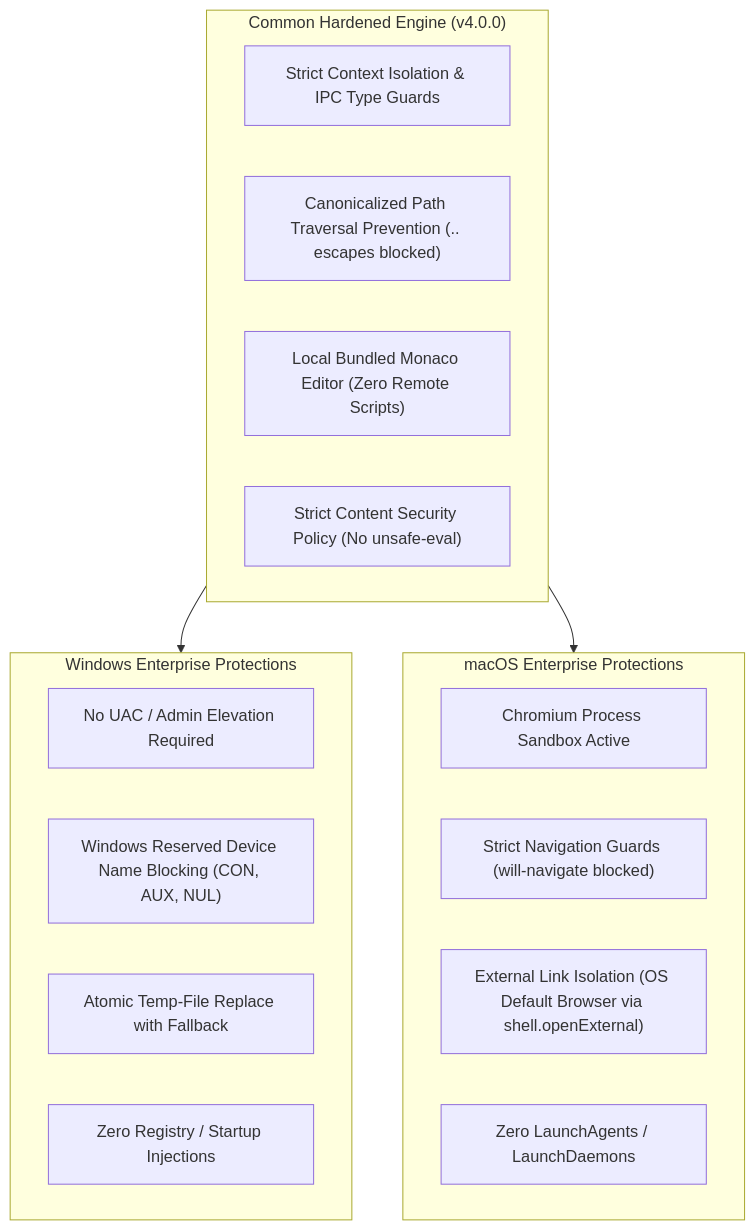
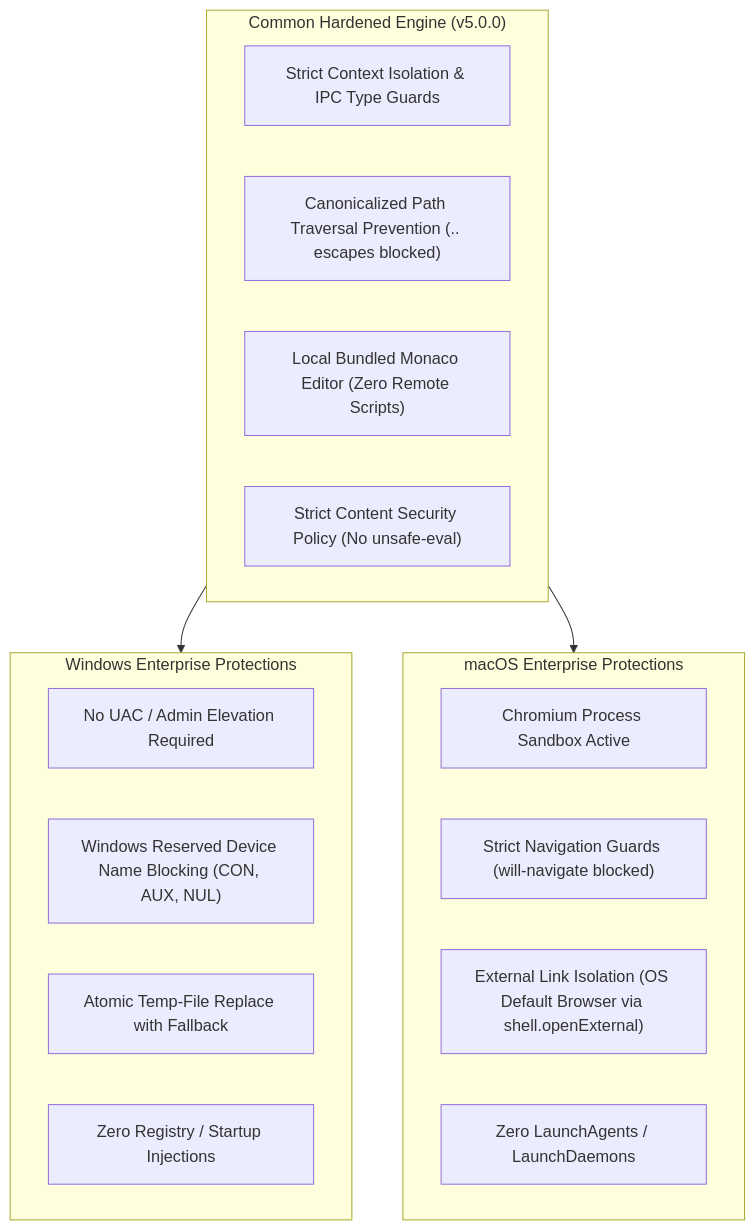
The diagram in docs/ENTERPRISE-SECURITY.md (imarg97/Comparing_Tool), drawn with Mermaid before and after one commit. The commit also changed other lines of this file and 14 other files, not shown here.

````diff
--- a/docs/ENTERPRISE-SECURITY.md
+++ b/docs/ENTERPRISE-SECURITY.md
@@ -25,26 +25,26 @@
 ```mermaid
 flowchart TD
     subgraph WindowsSecurity["Windows Enterprise Protections"]
         W1["No UAC / Admin Elevation Required"]
         W2["Windows Reserved Device Name Blocking (CON, AUX, NUL)"]
         W3["Atomic Temp-File Replace with Fallback"]
         W4["Zero Registry / Startup Injections"]
     end
 
     subgraph MacOSSecurity["macOS Enterprise Protections"]
         M1["Chromium Process Sandbox Active"]
         M2["Strict Navigation Guards (will-navigate blocked)"]
         M3["External Link Isolation (OS Default Browser via shell.openExternal)"]
         M4["Zero LaunchAgents / LaunchDaemons"]
     end
 
-    subgraph CoreEngine["Common Hardened Engine (v4.0.0)"]
+    subgraph CoreEngine["Common Hardened Engine (v5.0.0)"]
         C1["Strict Context Isolation & IPC Type Guards"]
         C2["Canonicalized Path Traversal Prevention (.. escapes blocked)"]
         C3["Local Bundled Monaco Editor (Zero Remote Scripts)"]
         C4["Strict Content Security Policy (No unsafe-eval)"]
     end
 
     CoreEngine --> WindowsSecurity
     CoreEngine --> MacOSSecurity
 ```
````
